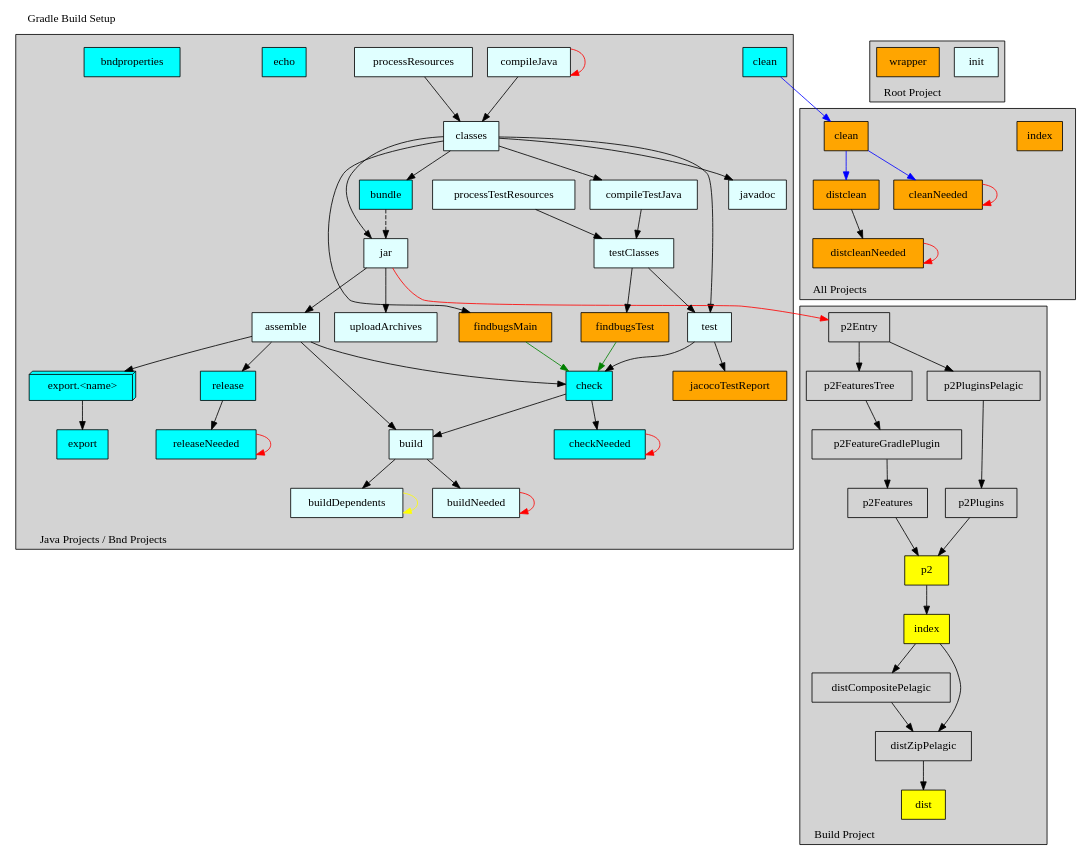
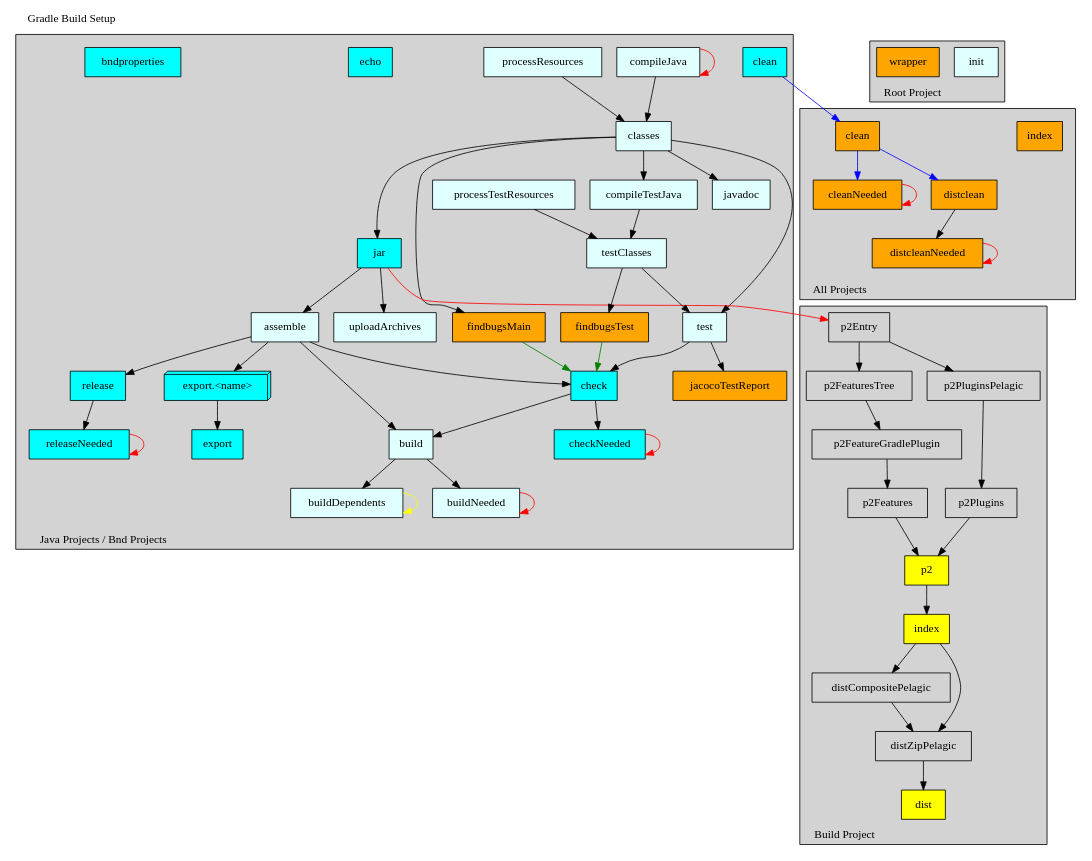
The diagram in cnf/gradle/doc/pelagic.dot (paulvi/bndtoolsPlugins), drawn with Graphviz before and after one commit. The commit also changed 12 other files, not shown here.

Commit message:
gradle: move the bundle task into the jar task

```diff
--- a/cnf/gradle/doc/pelagic.dot
+++ b/cnf/gradle/doc/pelagic.dot
@@ -31,8 +31,7 @@
     subgraph cluster102 {
       label="";
       style=invis;
-      jar                  [shape=box, style=filled, fillcolor=lightcyan, label="jar"                 ]
-      bundle               [shape=box, style=filled, fillcolor=cyan     , label="bundle"              ]
+      jar                  [shape=box, style=filled, fillcolor=cyan     , label="jar"                 ]
     }
 
     subgraph cluster103 {
@@ -121,8 +120,6 @@
     build                  -> buildNeeded
     buildNeeded            -> buildNeeded        [color=red   ]
 
-    classes                -> bundle
-    bundle                 -> jar                [style=dashed]
     compileJava            -> compileJava        [color=red   ]
     assemble               -> release
     assemble               -> exportX
```
